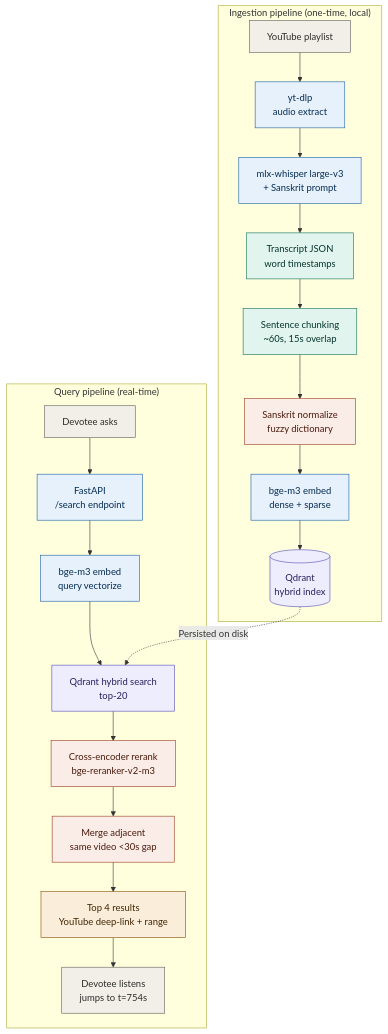
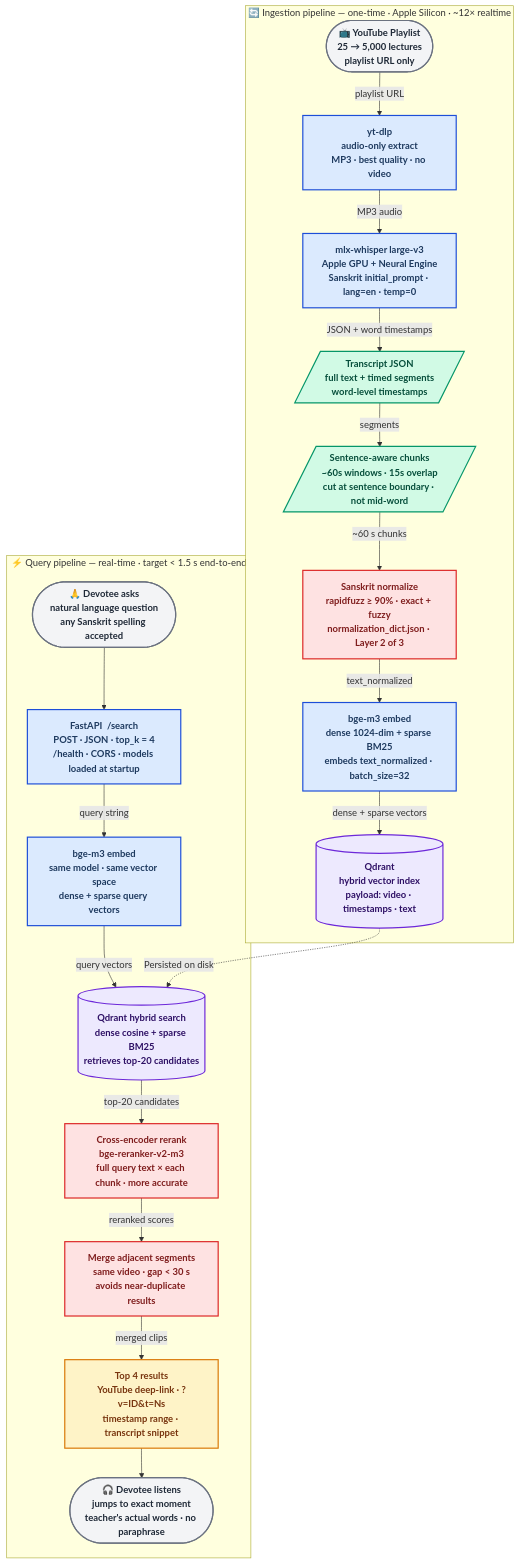
The diagram in README.md (sunilpradhansharma/vani-anusandhana), drawn with Mermaid before and after one commit. The commit also changed other lines of this file and 1 other file, not shown here.

Commit message:
docs: enrich architecture diagram — detailed labels, shapes, arrow annotations
- 3-line labels on every node (tool + action + key param/metric)
- Arrow labels showing data format at each pipeline step
- Distinct shapes: stadium for devotee, parallelogram for data artifacts
- More saturated colors, stroke-width:2px, font-weight:bold
- Richer subgraph titles with emoji and performance numbers
- Color key legend below diagram

````diff
--- a/README.md
+++ b/README.md
@@ -44,39 +44,57 @@
 ```mermaid
 graph TD
 
-subgraph ING["Ingestion pipeline (one-time, local)"]
-  YT[YouTube playlist] --> DL[yt-dlp<br/>audio extract]
-  DL --> WH[mlx-whisper large-v3<br/>+ Sanskrit prompt]
-  WH --> TR[Transcript JSON<br/>word timestamps]
-  TR --> CH[Sentence chunking<br/>~60s, 15s overlap]
-  CH --> SN[Sanskrit normalize<br/>fuzzy dictionary]
-  SN --> EM[bge-m3 embed<br/>dense + sparse]
-  EM --> QD[(Qdrant<br/>hybrid index)]
+subgraph ING["🔄  Ingestion pipeline — one-time · Apple Silicon · ~12× realtime"]
+  YT(["📺 YouTube Playlist<br/>25 → 5,000 lectures<br/>playlist URL only"])
+  DL["yt-dlp<br/>audio-only extract<br/>MP3 · best quality · no video"]
+  WH["mlx-whisper large-v3<br/>Apple GPU + Neural Engine<br/>Sanskrit initial_prompt · lang=en · temp=0"]
+  TR[/"Transcript JSON<br/>full text + timed segments<br/>word-level timestamps"/]
+  CH[/"Sentence-aware chunks<br/>~60s windows · 15s overlap<br/>cut at sentence boundary · not mid-word"/]
+  SN["Sanskrit normalize<br/>rapidfuzz ≥ 90% · exact + fuzzy<br/>normalization_dict.json · Layer 2 of 3"]
+  EM["bge-m3 embed<br/>dense 1024-dim + sparse BM25<br/>embeds text_normalized · batch_size=32"]
+  QD[("Qdrant<br/>hybrid vector index<br/>payload: video · timestamps · text")]
 end
 
-subgraph QRY["Query pipeline (real-time)"]
-  DV[Devotee asks] --> API[FastAPI<br/>/search endpoint]
-  API --> QE[bge-m3 embed<br/>query vectorize]
-  QE --> QS[Qdrant hybrid search<br/>top-20]
-  QS --> RR[Cross-encoder rerank<br/>bge-reranker-v2-m3]
-  RR --> MG[Merge adjacent<br/>same video &lt;30s gap]
-  MG --> R4[Top 4 results<br/>YouTube deep-link + range]
-  R4 --> DV2[Devotee listens<br/>jumps to t=754s]
+subgraph QRY["⚡  Query pipeline — real-time · target &lt; 1.5 s end-to-end"]
+  DV(["🙏 Devotee asks<br/>natural language question<br/>any Sanskrit spelling accepted"])
+  API["FastAPI  /search<br/>POST · JSON · top_k = 4<br/>/health · CORS · models loaded at startup"]
+  QE["bge-m3 embed<br/>same model · same vector space<br/>dense + sparse query vectors"]
+  QS[("Qdrant hybrid search<br/>dense cosine + sparse BM25<br/>retrieves top-20 candidates")]
+  RR["Cross-encoder rerank<br/>bge-reranker-v2-m3<br/>full query text × each chunk · more accurate"]
+  MG["Merge adjacent segments<br/>same video · gap &lt; 30 s<br/>avoids near-duplicate results"]
+  R4["Top 4 results<br/>YouTube deep-link · ?v=ID&amp;t=Ns<br/>timestamp range · transcript snippet"]
+  DV2(["🎧 Devotee listens<br/>jumps to exact moment<br/>teacher's actual words · no paraphrase"])
 end
 
-QD -.->|Persisted on disk| QS
+YT    -->|"playlist URL"| DL
+DL    -->|"MP3 audio"| WH
+WH    -->|"JSON + word timestamps"| TR
+TR    -->|"segments"| CH
+CH    -->|"~60 s chunks"| SN
+SN    -->|"text_normalized"| EM
+EM    -->|"dense + sparse vectors"| QD
 
-classDef compute fill:#E6F1FB,stroke:#185FA5,color:#042C53
-classDef storage fill:#EEEDFE,stroke:#534AB7,color:#26215C
-classDef quality fill:#FAECE7,stroke:#993C1D,color:#4A1B0C
-classDef data fill:#E1F5EE,stroke:#0F6E56,color:#04342C
-classDef output fill:#FAEEDA,stroke:#854F0B,color:#412402
-classDef devotee fill:#F1EFE8,stroke:#5F5E5A,color:#2C2C2A
+DV    --> API
+API   -->|"query string"| QE
+QE    -->|"query vectors"| QS
+QS    -->|"top-20 candidates"| RR
+RR    -->|"reranked scores"| MG
+MG    -->|"merged clips"| R4
+R4    --> DV2
+
+QD    -.->|"Persisted on disk"| QS
+
+classDef compute  fill:#DBEAFE,stroke:#1D4ED8,color:#1E3A5F,stroke-width:2px,font-weight:bold
+classDef storage  fill:#EDE9FE,stroke:#6D28D9,color:#2E1065,stroke-width:2px,font-weight:bold
+classDef quality  fill:#FEE2E2,stroke:#DC2626,color:#7F1D1D,stroke-width:2px,font-weight:bold
+classDef data     fill:#D1FAE5,stroke:#059669,color:#064E3B,stroke-width:2px,font-weight:bold
+classDef output   fill:#FEF3C7,stroke:#D97706,color:#78350F,stroke-width:2px,font-weight:bold
+classDef devotee  fill:#F3F4F6,stroke:#6B7280,color:#1F2937,stroke-width:2px,font-weight:bold
 
 class DL,WH,EM,API,QE compute
 class QD,QS storage
 class SN,RR,MG quality
 class TR,CH data
 class R4 output
 class YT,DV,DV2 devotee
 ```
````
